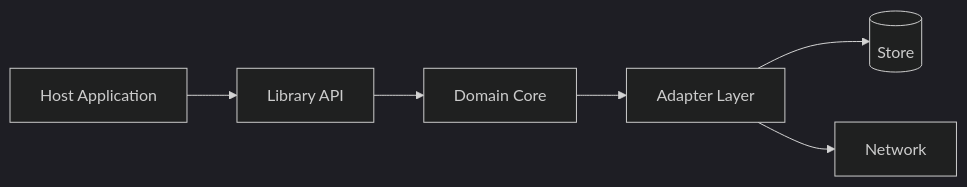
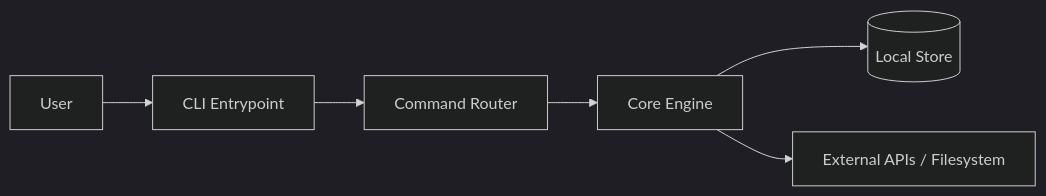
One commit to wizzense/decapod changed the first of 4 diagrams in .decapod/generated/specs/ARCHITECTURE.md. Above: the diagram before and after it, drawn with Mermaid (dark theme). The commit also changed other lines of this file and 18 other files, not shown here.

````diff
--- a/.decapod/generated/specs/ARCHITECTURE.md
+++ b/.decapod/generated/specs/ARCHITECTURE.md
@@ -12,8 +12,8 @@
 ```mermaid
 flowchart LR
-  H[Host Application] --> L[Library API]
-  L --> D[Domain Core]
-  D --> AD[Adapter Layer]
-  AD --> DB[(Store)]
-  AD --> N[Network]
+  U[User] --> C[CLI Entrypoint]
+  C --> R[Command Router]
+  R --> E[Core Engine]
+  E --> S[(Local Store)]
+  E --> X[External APIs / Filesystem]
 ```
````
